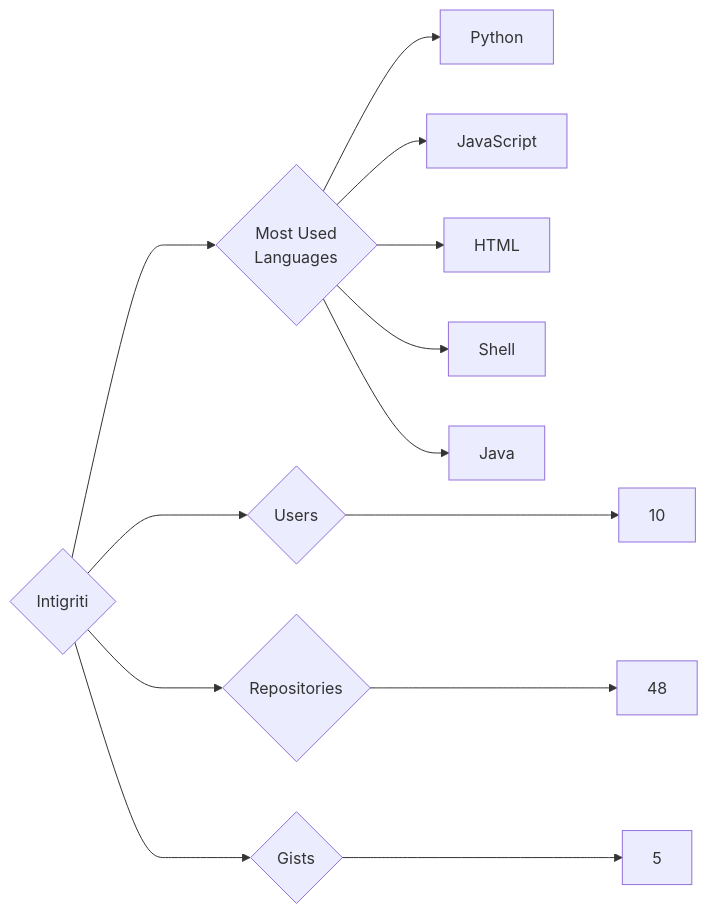
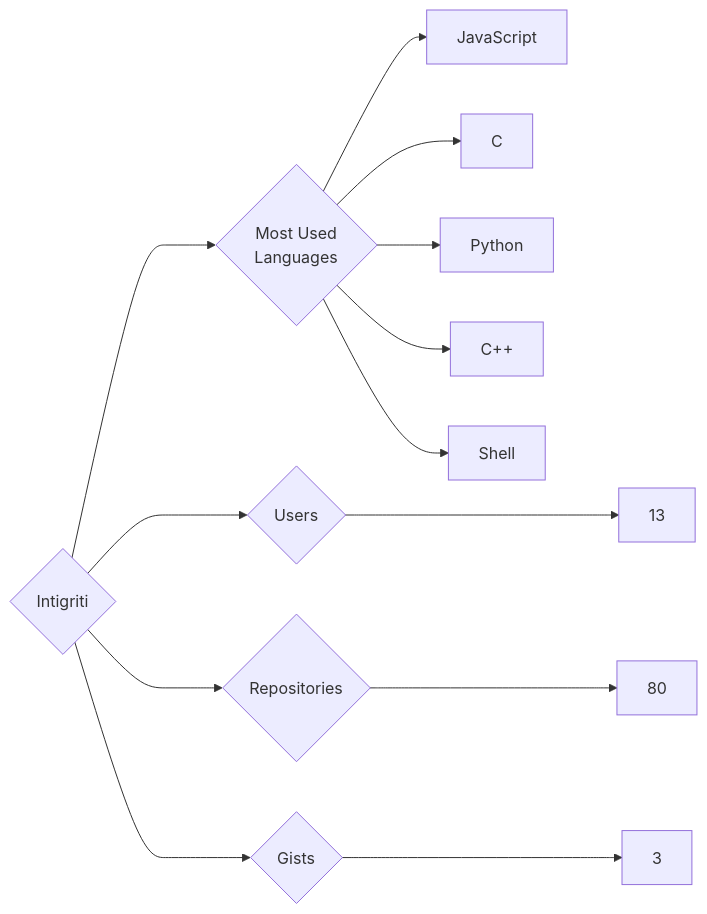
One commit to trickest/insiders changed the diagram in targets/Intigriti/README.md. Above: the diagram before and after it, drawn with Mermaid. The commit also changed 838 other files, not shown here.

````diff
--- a/targets/Intigriti/README.md
+++ b/targets/Intigriti/README.md
@@ -3,13 +3,13 @@
 ```mermaid
 graph LR
 COMPANY_NAME{Intigriti}
-COMPANY_NAME ---> U{Users} ---> UN[10]
-COMPANY_NAME ---> R{Repositories} ---> RN[48]
-COMPANY_NAME ---> G{Gists} ---> GN[5]
+COMPANY_NAME ---> U{Users} ---> UN[13]
+COMPANY_NAME ---> R{Repositories} ---> RN[80]
+COMPANY_NAME ---> G{Gists} ---> GN[3]
 COMPANY_NAME ---> ML{Most Used<br>Languages}
+ML --> JavaScript[JavaScript]
+ML --> C[C]
 ML --> Python[Python]
-ML --> JavaScript[JavaScript]
-ML --> HTML[HTML]
+ML --> C++[C++]
 ML --> Shell[Shell]
-ML --> Java[Java]
 ```
````
